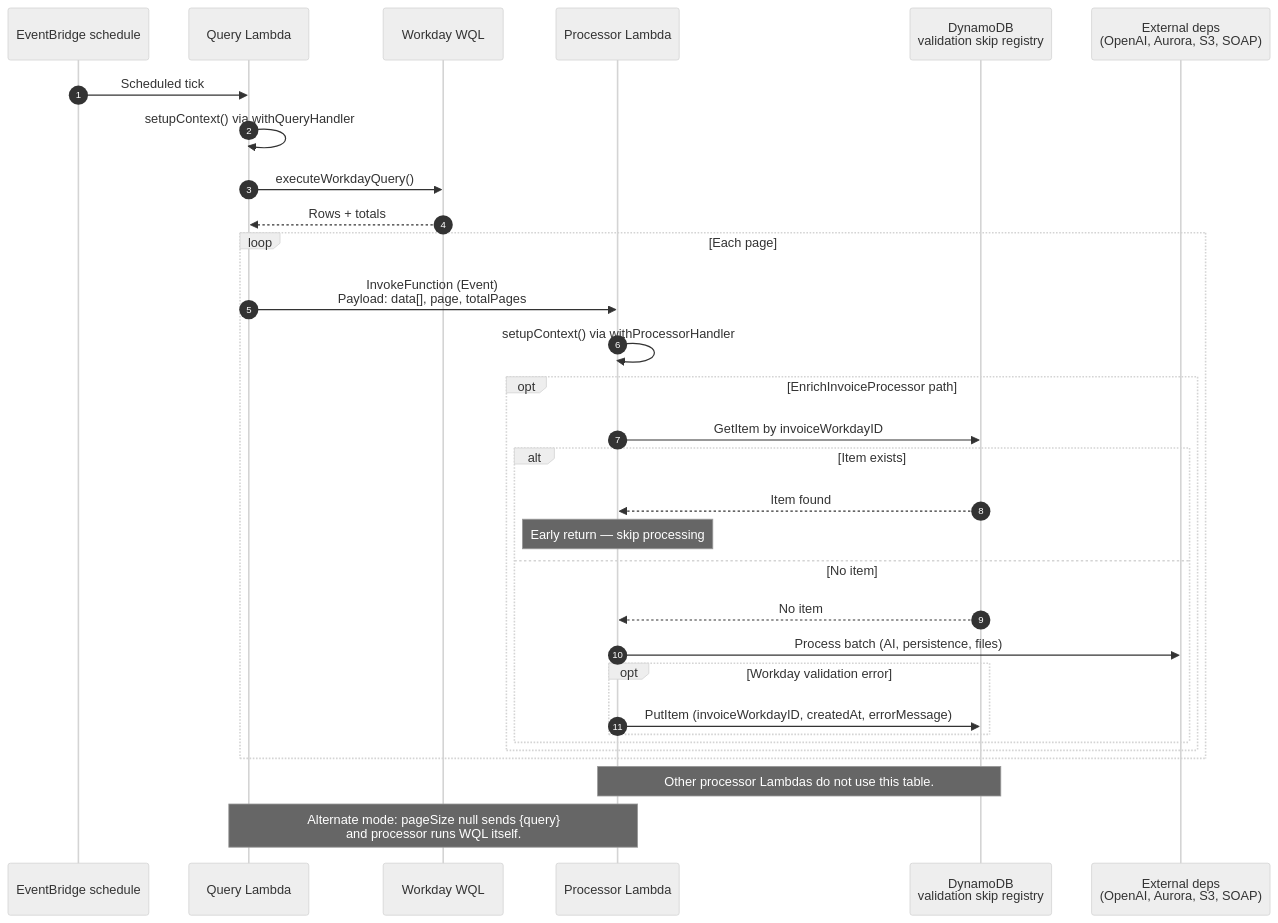
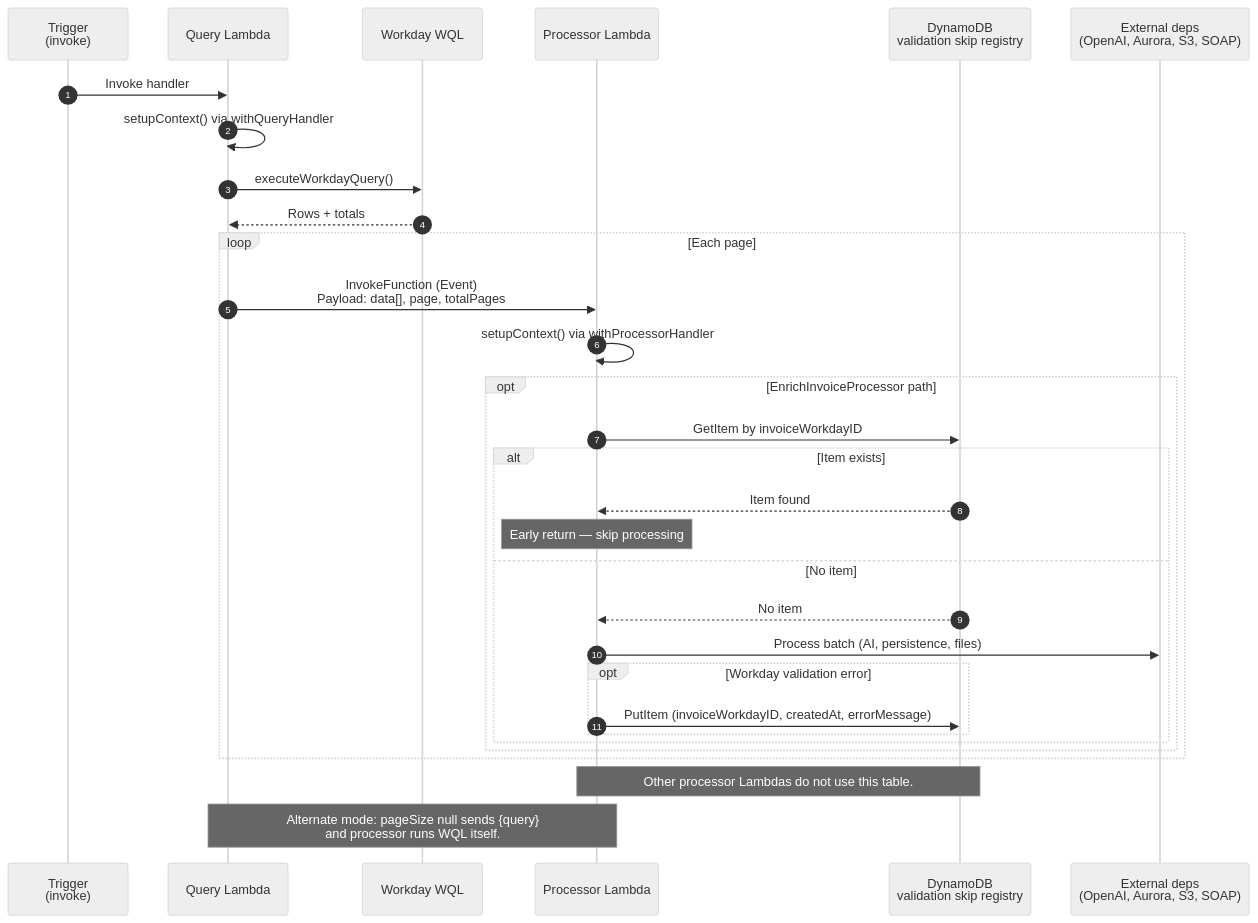
Before and after one commit to pgahq/finance-agent: the second of 6 diagrams in docs/adr/0001-finance-agent-serverless-architecture.md, drawn with Mermaid (neutral theme). The commit also changed other lines of this file, not shown here.

````diff
--- a/docs/adr/0001-finance-agent-serverless-architecture.md
+++ b/docs/adr/0001-finance-agent-serverless-architecture.md
@@ -98,35 +95,35 @@
 ```mermaid
 sequenceDiagram
   autonumber
-  participant EB as EventBridge schedule
+  participant Tr as Trigger<br/>(invoke)
   participant QF as Query Lambda
   participant WD as Workday WQL
   participant PF as Processor Lambda
   participant DDB as DynamoDB<br/>validation skip registry
   participant Ex as External deps<br/>(OpenAI, Aurora, S3, SOAP)
 
-  EB->>QF: Scheduled tick
+  Tr->>QF: Invoke handler
   QF->>QF: setupContext() via withQueryHandler
   QF->>WD: executeWorkdayQuery()
   WD-->>QF: Rows + totals
   loop Each page
     QF->>PF: InvokeFunction (Event)<br/>Payload: data[], page, totalPages
     PF->>PF: setupContext() via withProcessorHandler
     opt EnrichInvoiceProcessor path
       PF->>DDB: GetItem by invoiceWorkdayID
       alt Item exists
         DDB-->>PF: Item found
         Note over PF: Early return — skip processing
       else No item
         DDB-->>PF: No item
         PF->>Ex: Process batch (AI, persistence, files)
         opt Workday validation error
           PF->>DDB: PutItem (invoiceWorkdayID, createdAt, errorMessage)
         end
       end
     end
   end
 
   Note over PF,DDB: Other processor Lambdas do not use this table.
   Note over QF,PF: Alternate mode: pageSize null sends {query}<br/>and processor runs WQL itself.
 ```
````
